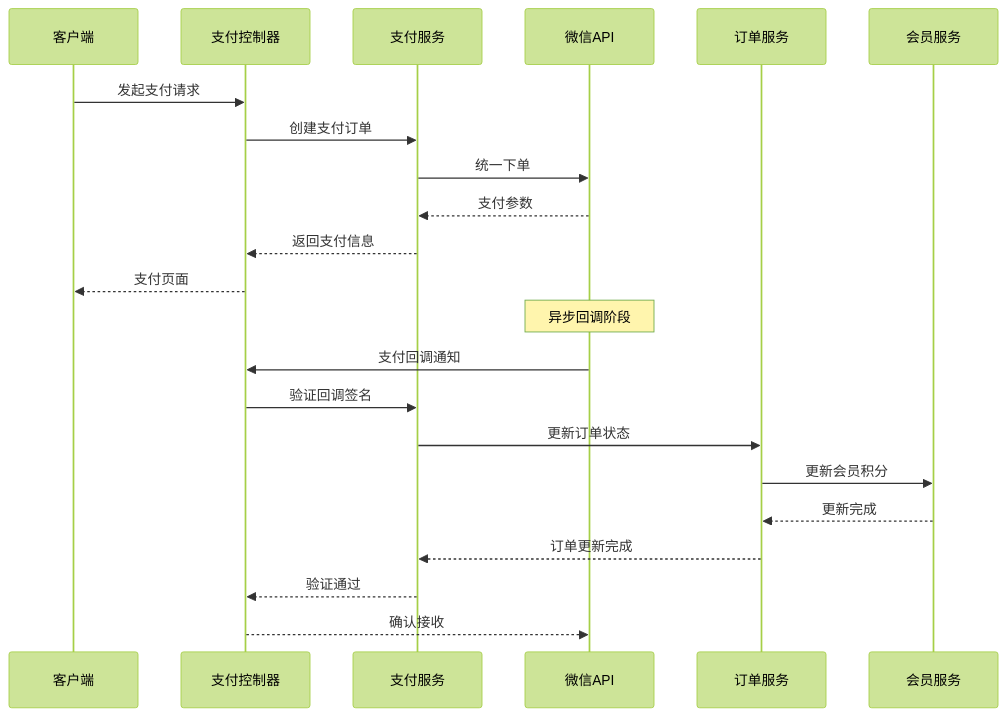
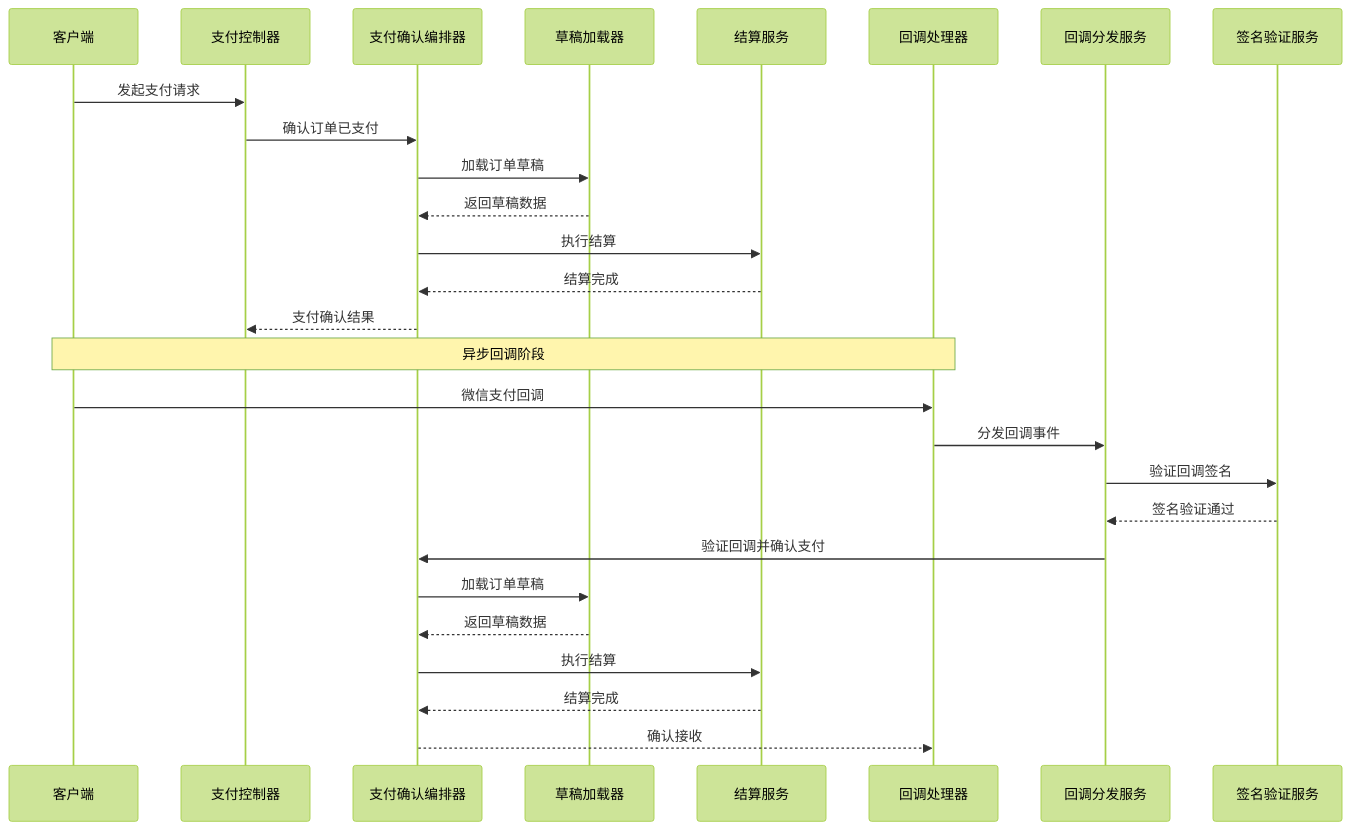
Before and after one commit to rc558620/purelyprofit-server: the sixth of 9 diagrams in .qoder/repowiki/zh/content/业务模块/纯俱乐部模块.md, drawn with Mermaid (forest theme). The commit also changed other lines of this file and 534 other files, not shown here.

````diff
--- a/.qoder/repowiki/zh/content/业务模块/纯俱乐部模块.md
+++ b/.qoder/repowiki/zh/content/业务模块/纯俱乐部模块.md
@@ -313,24 +411,29 @@
 ```mermaid
 sequenceDiagram
 participant Client as 客户端
 participant PaymentCtrl as 支付控制器
-participant PaymentSvc as 支付服务
-participant WeChatAPI as 微信API
-participant OrderSvc as 订单服务
-participant MemberSvc as 会员服务
+participant PaymentOrchestrator as 支付确认编排器
+participant LoadDraft as 草稿加载器
+participant SettlementSvc as 结算服务
+participant CallbackHandler as 回调处理器
+participant DispatchService as 回调分发服务
+participant SignatureService as 签名验证服务
 Client->>PaymentCtrl : 发起支付请求
-PaymentCtrl->>PaymentSvc : 创建支付订单
-PaymentSvc->>WeChatAPI : 统一下单
-WeChatAPI-->>PaymentSvc : 支付参数
-PaymentSvc-->>PaymentCtrl : 返回支付信息
-PaymentCtrl-->>Client : 支付页面
-Note over WeChatAPI : 异步回调阶段
-WeChatAPI->>PaymentCtrl : 支付回调通知
-PaymentCtrl->>PaymentSvc : 验证回调签名
-PaymentSvc->>OrderSvc : 更新订单状态
-OrderSvc->>MemberSvc : 更新会员积分
-MemberSvc-->>OrderSvc : 更新完成
-OrderSvc-->>PaymentSvc : 订单更新完成
-PaymentSvc-->>PaymentCtrl : 验证通过
-PaymentCtrl-->>WeChatAPI : 确认接收
+PaymentCtrl->>PaymentOrchestrator : 确认订单已支付
+PaymentOrchestrator->>LoadDraft : 加载订单草稿
+LoadDraft-->>PaymentOrchestrator : 返回草稿数据
+PaymentOrchestrator->>SettlementSvc : 执行结算
+SettlementSvc-->>PaymentOrchestrator : 结算完成
+PaymentOrchestrator-->>PaymentCtrl : 支付确认结果
+Note over Client,CallbackHandler : 异步回调阶段
+Client->>CallbackHandler : 微信支付回调
+CallbackHandler->>DispatchService : 分发回调事件
+DispatchService->>SignatureService : 验证回调签名
+SignatureService-->>DispatchService : 签名验证通过
+DispatchService->>PaymentOrchestrator : 验证回调并确认支付
+PaymentOrchestrator->>LoadDraft : 加载订单草稿
+LoadDraft-->>PaymentOrchestrator : 返回草稿数据
+PaymentOrchestrator->>SettlementSvc : 执行结算
+SettlementSvc-->>PaymentOrchestrator : 结算完成
+PaymentOrchestrator-->>CallbackHandler : 确认接收
 ```
````
